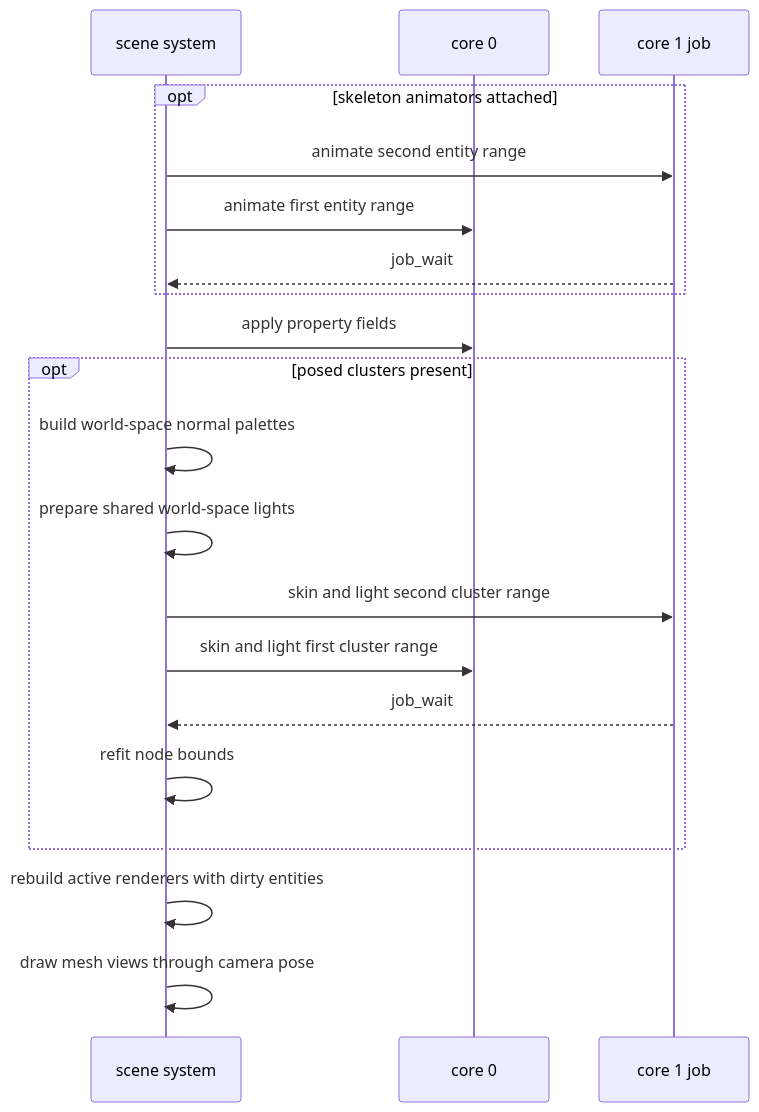
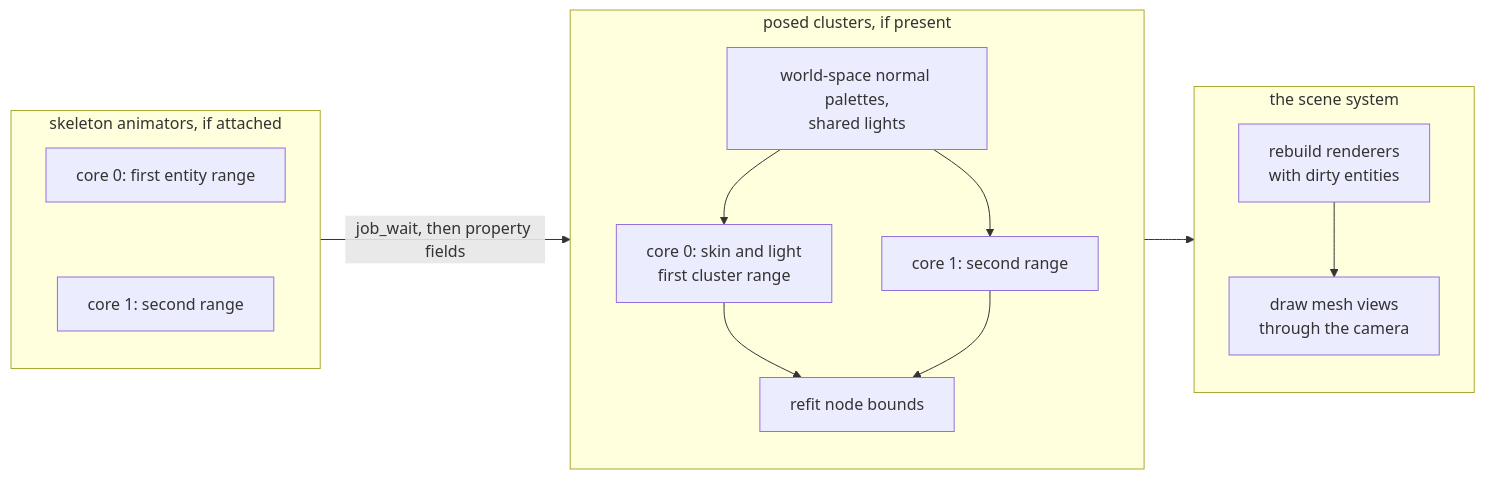
One commit to jose-villegas/autana changed the third of 3 diagrams in docs/render/animation/Skeleton-and-Skin.md. Above: the diagram before and after it, drawn with Mermaid. The commit also changed other lines of this file and 8 other files, not shown here.

Commit message:
Render docs de-dup: the half-picture rule stated once and corrected, duplicate figures and rows linked to their owner, skin diagram grouped, demo-variants anchor (autana-7w0mb)

````diff
--- a/docs/render/animation/Skeleton-and-Skin.md
+++ b/docs/render/animation/Skeleton-and-Skin.md
@@ -174,22 +174,19 @@
 ```mermaid
-sequenceDiagram
-    participant S as scene system
-    participant C0 as core 0
-    participant C1 as core 1 job
-    opt skeleton animators attached
-        S->>C1: animate second entity range
-        S->>C0: animate first entity range
-        C1-->>S: job_wait
+flowchart LR
+    subgraph Animate["skeleton animators, if attached"]
+        direction TB
+        A0["core 0: first entity range"] ~~~ A1["core 1: second range"]
     end
-    S->>C0: apply property fields
-    opt posed clusters present
-        S->>S: build world-space normal palettes
-        S->>S: prepare shared world-space lights
-        S->>C1: skin and light second cluster range
-        S->>C0: skin and light first cluster range
-        C1-->>S: job_wait
-        S->>S: refit node bounds
+    subgraph Skin["posed clusters, if present"]
+        direction TB
+        Pal["world-space normal palettes,<br/>shared lights"] --> S0["core 0: skin and light<br/>first cluster range"]
+        Pal --> S1["core 1: second range"]
+        S0 --> Refit["refit node bounds"]
+        S1 --> Refit
     end
-    S->>S: rebuild active renderers with dirty entities
-    S->>S: draw mesh views through camera pose
+    subgraph Draw["the scene system"]
+        direction TB
+        Rebuild["rebuild renderers<br/>with dirty entities"] --> View["draw mesh views<br/>through the camera"]
+    end
+    Animate -- "job_wait, then property fields" --> Skin --> Draw
 ```
````
